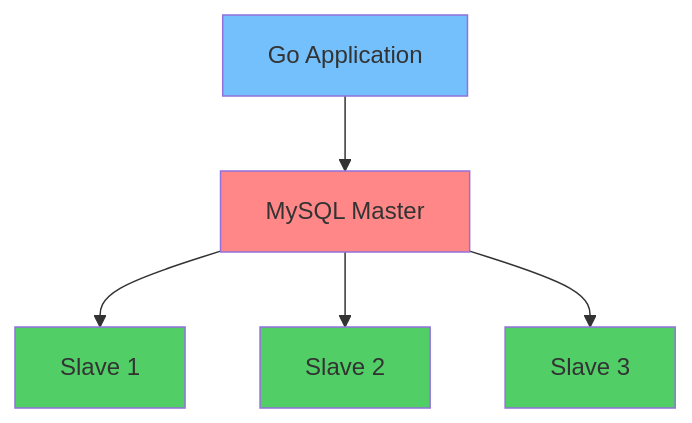
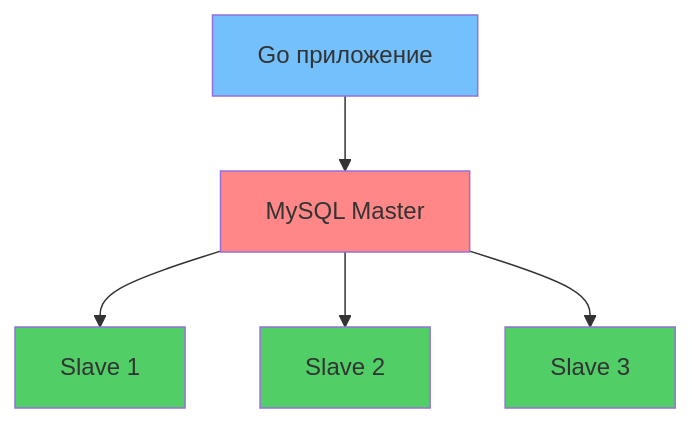
Before and after one commit to FollG/go-database-replication: the diagram in README.md, drawn with Mermaid. The commit also changed other lines of this file, not shown here.

````diff
--- a/README.md
+++ b/README.md
@@ -24,13 +24,13 @@
 ```mermaid
 graph TB
-    A[Go Application] --> B[MySQL Master]
+    A[Go приложение] --> B[MySQL Master]
     B --> C[Slave 1]
     B --> D[Slave 2]
     B --> E[Slave 3]
     
     style A fill:#74c0fc
     style B fill:#ff8787
     style C fill:#51cf66
     style D fill:#51cf66
     style E fill:#51cf66
 ```
````
